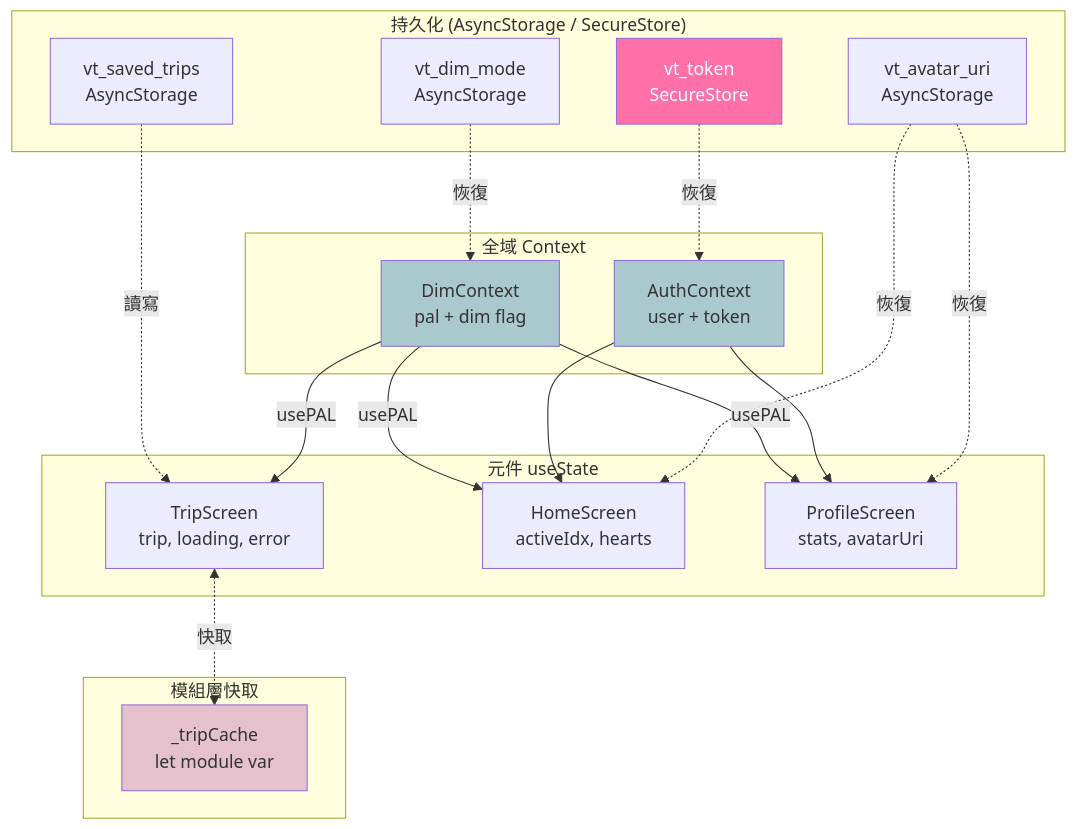
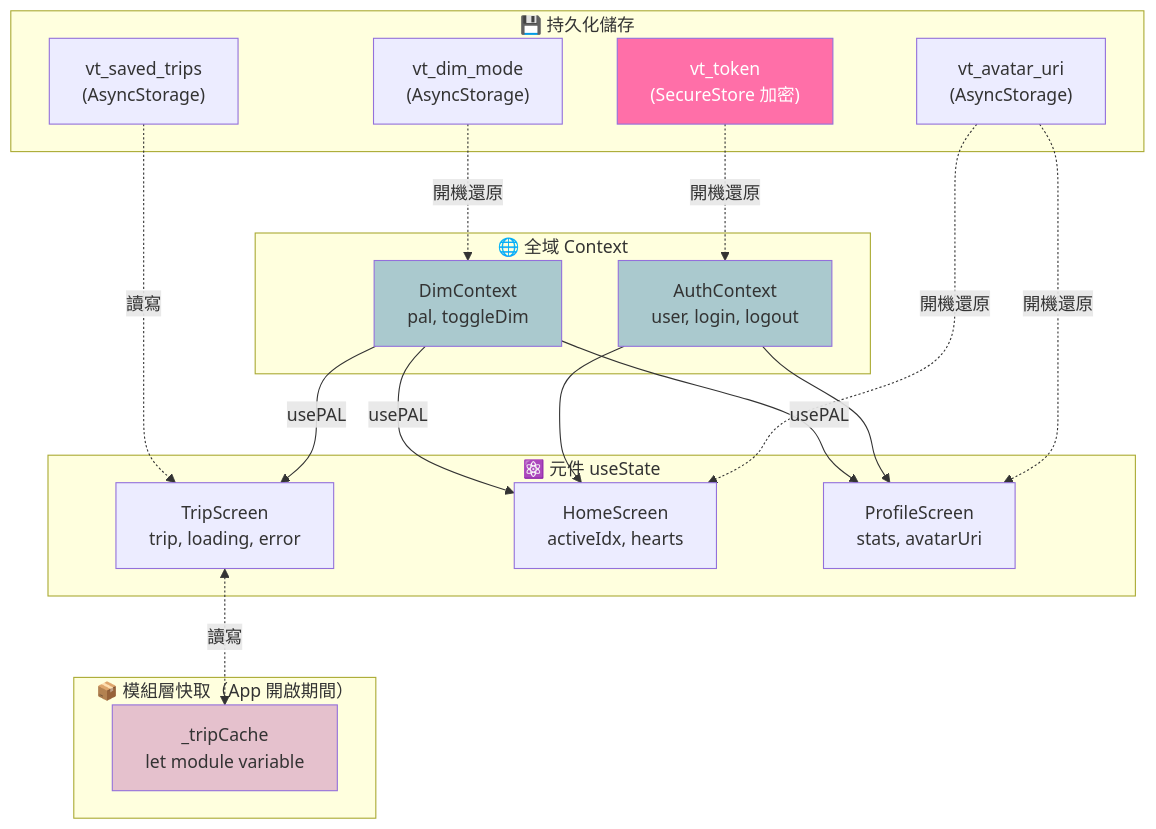
The eighth of 11 diagrams in FLOW.md (starsky58uu/vibetrip), drawn with Mermaid before and after one commit. The commit also changed other lines of this file and 1 other file, not shown here.

Commit message:
改架構圖

````diff
--- a/FLOW.md
+++ b/FLOW.md
@@ -249,43 +251,43 @@
 ```mermaid
 graph TB
-    subgraph Module["模組層快取"]
-        TripCache[_tripCache<br/>let module var]
+    subgraph Module["📦 模組層快取（App 開啟期間）"]
+        TripCache[_tripCache<br/>let module variable]
     end
 
-    subgraph Persistent["持久化 (AsyncStorage / SecureStore)"]
-        TokenStore[vt_token<br/>SecureStore]
-        AvatarStore[vt_avatar_uri<br/>AsyncStorage]
-        DimStore[vt_dim_mode<br/>AsyncStorage]
-        SavedTrips[vt_saved_trips<br/>AsyncStorage]
+    subgraph Persistent["💾 持久化儲存"]
+        TokenStore["vt_token<br/>(SecureStore 加密)"]
+        AvatarStore["vt_avatar_uri<br/>(AsyncStorage)"]
+        DimStore["vt_dim_mode<br/>(AsyncStorage)"]
+        SavedTrips["vt_saved_trips<br/>(AsyncStorage)"]
     end
 
-    subgraph Context["全域 Context"]
-        AuthCtx[AuthContext<br/>user + token]
-        DimCtx[DimContext<br/>pal + dim flag]
+    subgraph Context["🌐 全域 Context"]
+        AuthCtx["AuthContext<br/>user, login, logout"]
+        DimCtx["DimContext<br/>pal, toggleDim"]
     end
 
-    subgraph Local["元件 useState"]
-        TripState[TripScreen<br/>trip, loading, error]
-        HomeState[HomeScreen<br/>activeIdx, hearts]
-        ProfileState[ProfileScreen<br/>stats, avatarUri]
+    subgraph Local["⚛️ 元件 useState"]
+        TripState["TripScreen<br/>trip, loading, error"]
+        HomeState["HomeScreen<br/>activeIdx, hearts"]
+        ProfileState["ProfileScreen<br/>stats, avatarUri"]
     end
 
-    TokenStore -.恢復.-> AuthCtx
-    DimStore -.恢復.-> DimCtx
-    AvatarStore -.恢復.-> ProfileState
-    AvatarStore -.恢復.-> HomeState
+    TokenStore -.開機還原.-> AuthCtx
+    DimStore -.開機還原.-> DimCtx
+    AvatarStore -.開機還原.-> ProfileState
+    AvatarStore -.開機還原.-> HomeState
 
     AuthCtx --> HomeState
     AuthCtx --> ProfileState
     DimCtx -->|usePAL| TripState
     DimCtx -->|usePAL| HomeState
     DimCtx -->|usePAL| ProfileState
 
-    TripState <-.快取.-> TripCache
+    TripState <-.讀寫.-> TripCache
     SavedTrips -.讀寫.-> TripState
 
     style TokenStore fill:#FF6FA8,color:#fff
     style TripCache fill:#E5C1CD
     style AuthCtx fill:#AAC9CE
     style DimCtx fill:#AAC9CE
 ```
````
